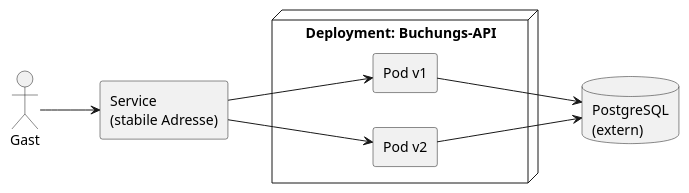
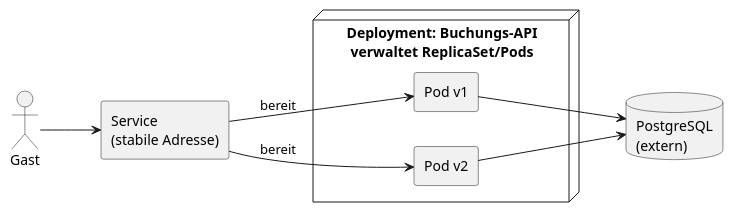
One commit to dhbw-ka-scalable-systems/lecture changed the second of 2 diagrams in Material/Slides/06_Betrieb_Observability_Deployment.md. Above: the diagram before and after it, drawn with PlantUML. The commit also changed other lines of this file, not shown here.

````diff
--- a/Material/Slides/06_Betrieb_Observability_Deployment.md
+++ b/Material/Slides/06_Betrieb_Observability_Deployment.md
@@ -240,17 +401,17 @@
 ```plantuml
 @startuml
 left to right direction
 actor Gast
 rectangle "Service\n(stabile Adresse)" as S
-node "Deployment: Buchungs-API" {
+node "Deployment: Buchungs-API\nverwaltet ReplicaSet/Pods" {
   rectangle "Pod v1" as A
   rectangle "Pod v2" as B
 }
 database "PostgreSQL\n(extern)" as DB
 Gast --> S
-S --> A
-S --> B
+S --> A : bereit
+S --> B : bereit
 A --> DB
 B --> DB
 @enduml
 ```
````
